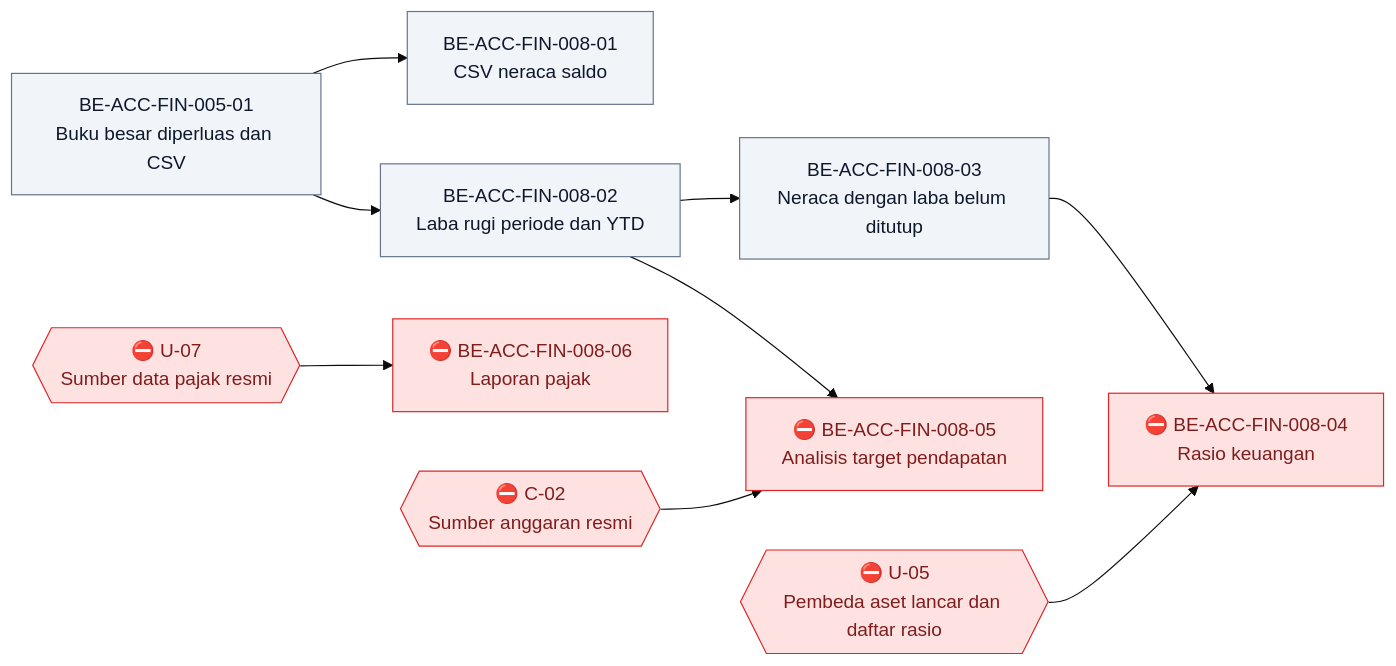
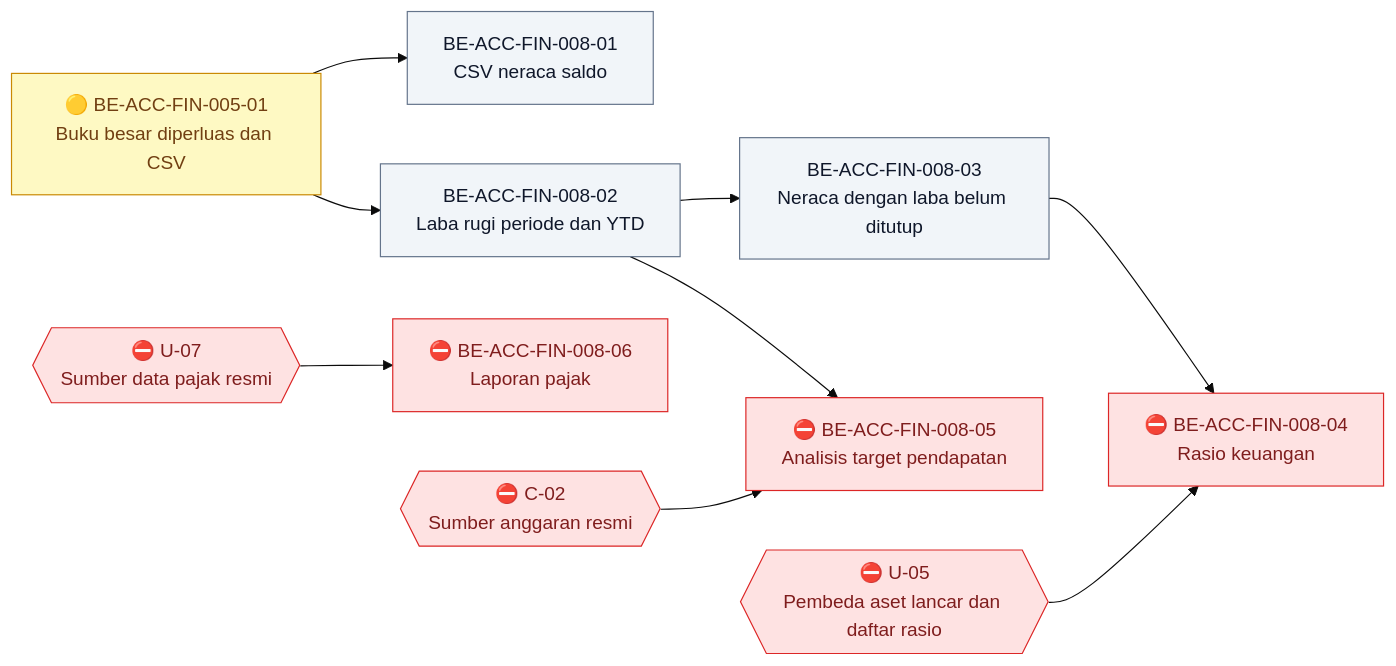
The diagram in docs/module-blueprints/accounting/roadmap/backend-roadmap-finishing.md (DevBenari/NewQuilvianSystemBackend), drawn with Mermaid (base theme) before and after one commit. The commit also changed other lines of this file and 11 other files, not shown here.

First line of the commit message:
feat(accounting): buku besar bersaring unit biaya, asal jurnal, ringkasan, dan CSV (BE-ACC-FIN-005-01)

````diff
--- a/docs/module-blueprints/accounting/roadmap/backend-roadmap-finishing.md
+++ b/docs/module-blueprints/accounting/roadmap/backend-roadmap-finishing.md
@@ -43,28 +43,28 @@
 ```mermaid
 flowchart LR
     classDef selesai fill:#DCFCE7,stroke:#16A34A,color:#14532D
     classDef sebagian fill:#FEF9C3,stroke:#CA8A04,color:#713F12
     classDef terblokir fill:#FEE2E2,stroke:#DC2626,color:#7F1D1D
     classDef belum fill:#F1F5F9,stroke:#64748B,color:#0F172A
     classDef luar fill:#EDE9FE,stroke:#7C3AED,color:#3B0764
 
-    BEACCFIN00501["BE-ACC-FIN-005-01<br/>Buku besar diperluas dan CSV"]:::belum
+    BEACCFIN00501["🟡 BE-ACC-FIN-005-01<br/>Buku besar diperluas dan CSV"]:::sebagian
     BEACCFIN00801["BE-ACC-FIN-008-01<br/>CSV neraca saldo"]:::belum
     BEACCFIN00802["BE-ACC-FIN-008-02<br/>Laba rugi periode dan YTD"]:::belum
     BEACCFIN00803["BE-ACC-FIN-008-03<br/>Neraca dengan laba belum ditutup"]:::belum
     BEACCFIN00804["⛔ BE-ACC-FIN-008-04<br/>Rasio keuangan"]:::terblokir
     BEACCFIN00805["⛔ BE-ACC-FIN-008-05<br/>Analisis target pendapatan"]:::terblokir
     BEACCFIN00806["⛔ BE-ACC-FIN-008-06<br/>Laporan pajak"]:::terblokir
     U05{{"⛔ U-05<br/>Pembeda aset lancar dan daftar rasio"}}:::terblokir
     C02{{"⛔ C-02<br/>Sumber anggaran resmi"}}:::terblokir
     U07{{"⛔ U-07<br/>Sumber data pajak resmi"}}:::terblokir
 
     BEACCFIN00501 --> BEACCFIN00801
     BEACCFIN00501 --> BEACCFIN00802
     BEACCFIN00802 --> BEACCFIN00803
     BEACCFIN00803 --> BEACCFIN00804
     U05 --> BEACCFIN00804
     BEACCFIN00802 --> BEACCFIN00805
     C02 --> BEACCFIN00805
     U07 --> BEACCFIN00806
 ```
````
